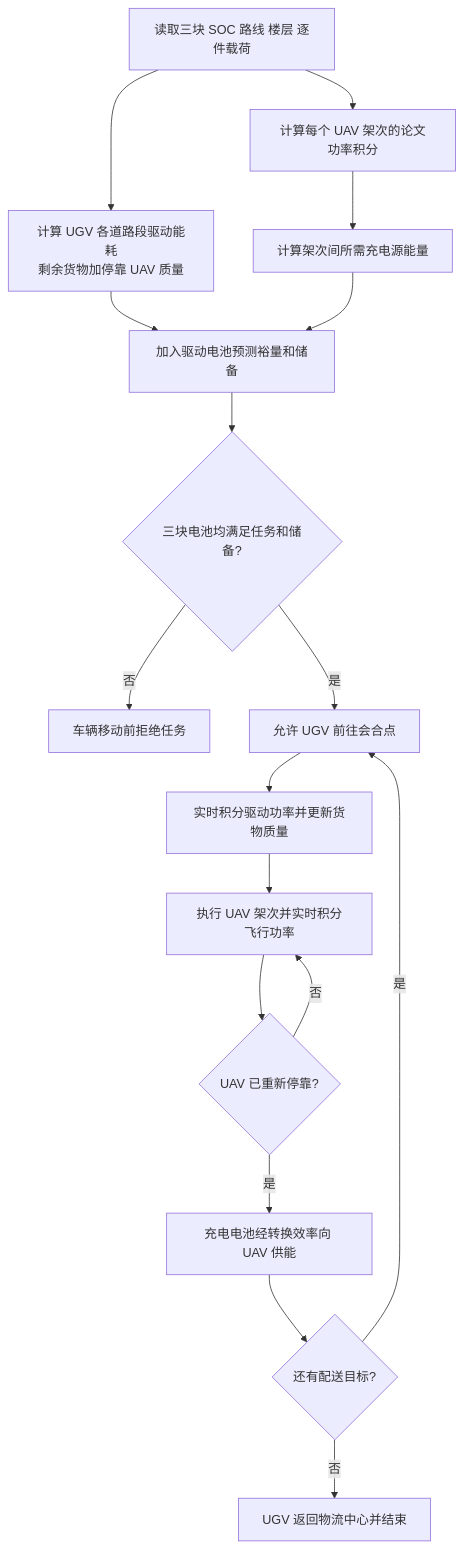
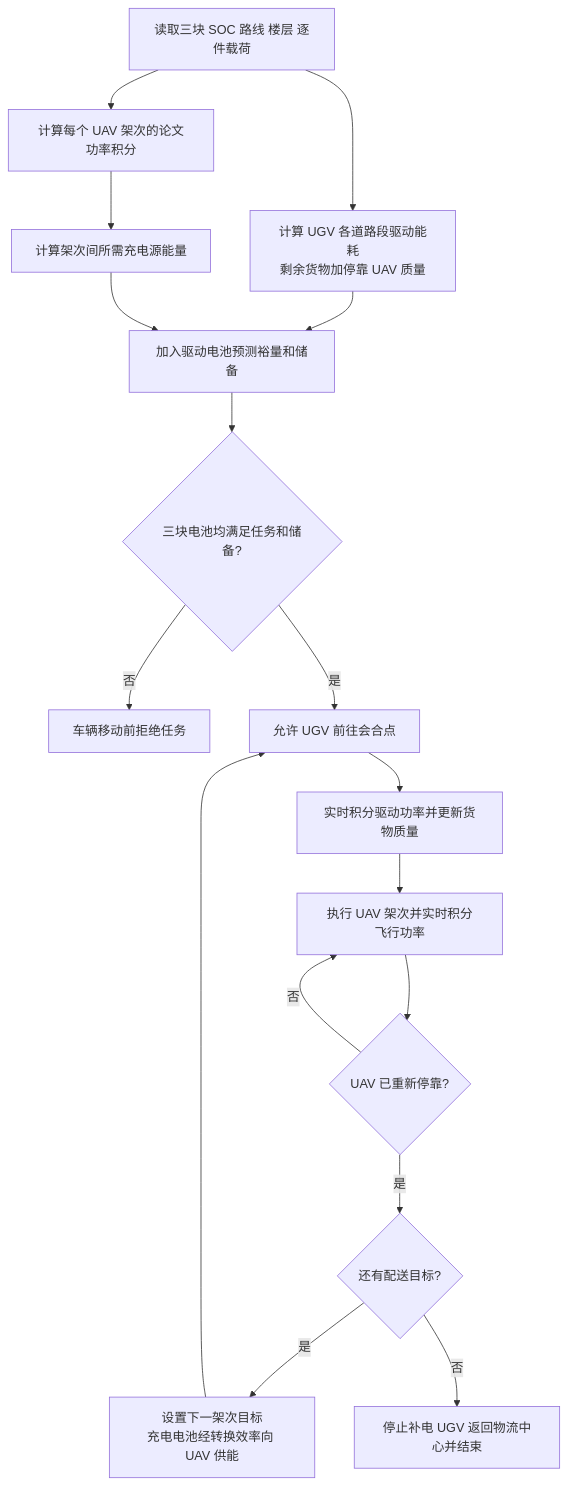
Before and after one commit to liyongqihhh/wqi_final: the fifth of 7 diagrams in wqi_final/docs/system_architecture.md, drawn with Mermaid. The commit also changed other lines of this file and 218 other files, not shown here.

````diff
--- a/wqi_final/docs/system_architecture.md
+++ b/wqi_final/docs/system_architecture.md
@@ -147,19 +200,19 @@
 ```mermaid
 flowchart TD
     A[读取三块 SOC 路线 楼层 逐件载荷] --> B[计算每个 UAV 架次的论文功率积分]
     A --> C[计算 UGV 各道路段驱动能耗<br/>剩余货物加停靠 UAV 质量]
     B --> D[计算架次间所需充电源能量]
     C --> E[加入驱动电池预测裕量和储备]
     D --> E
     E --> F{三块电池均满足任务和储备?}
     F -- 否 --> R[车辆移动前拒绝任务]
     F -- 是 --> G[允许 UGV 前往会合点]
     G --> H[实时积分驱动功率并更新货物质量]
     H --> I[执行 UAV 架次并实时积分飞行功率]
     I --> J{UAV 已重新停靠?}
     J -- 否 --> I
-    J -- 是 --> K[充电电池经转换效率向 UAV 供能]
-    K --> L{还有配送目标?}
-    L -- 是 --> G
-    L -- 否 --> M[UGV 返回物流中心并结束]
+    J -- 是 --> L{还有配送目标?}
+    L -- 是 --> K[设置下一架次目标<br/>充电电池经转换效率向 UAV 供能]
+    K --> G
+    L -- 否 --> M[停止补电 UGV 返回物流中心并结束]
 ```
````
